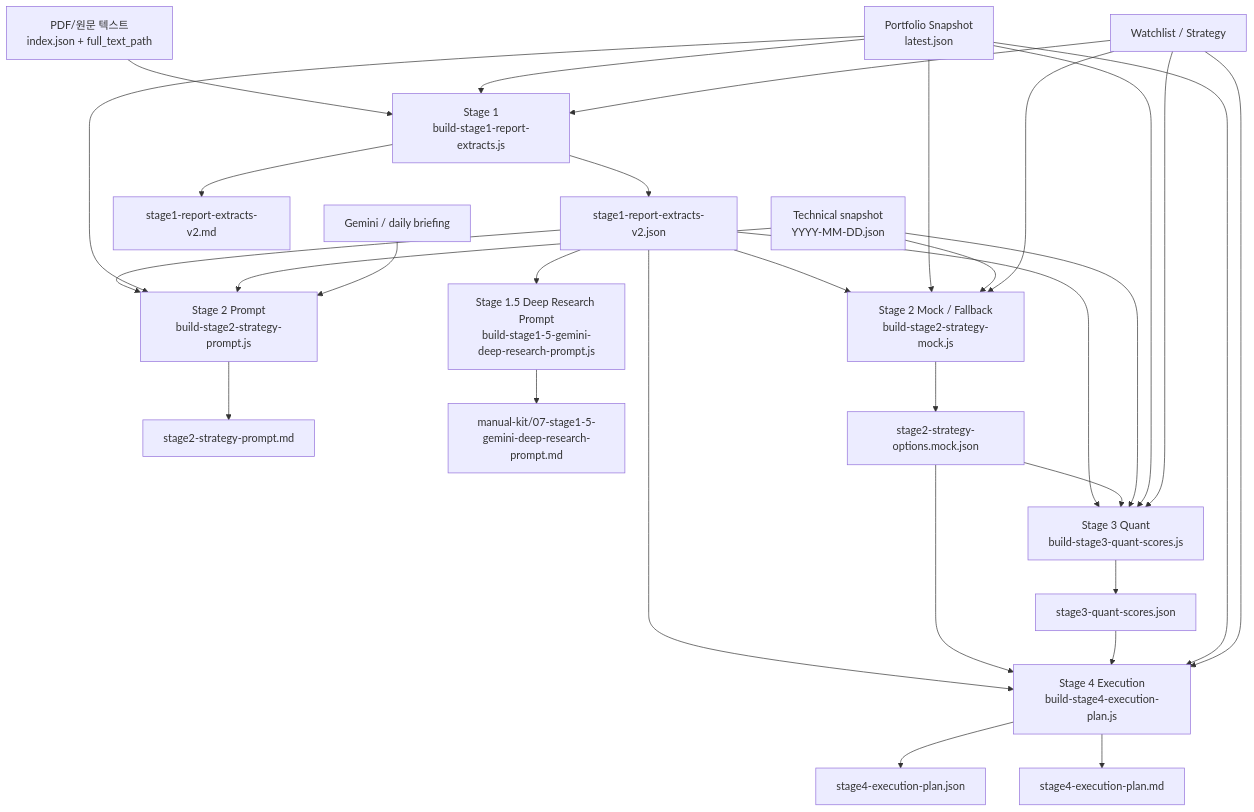
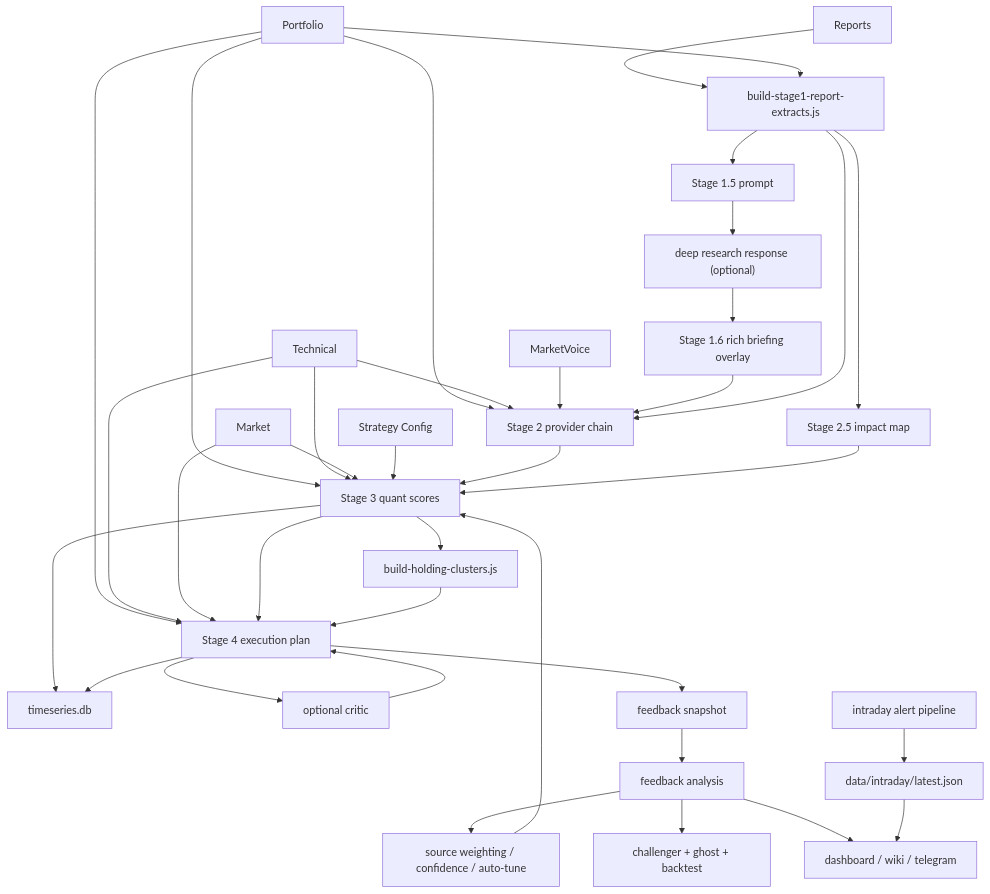
The diagram in docs/STAGE_1_4_ARCHITECTURE.md (sgdrudejr/EcoReport), drawn with Mermaid before and after one commit. The commit also changed other lines of this file and 110 other files, not shown here.

Commit message:
Integrate portfolio intelligence pipeline and dashboard updates

````diff
--- a/docs/STAGE_1_4_ARCHITECTURE.md
+++ b/docs/STAGE_1_4_ARCHITECTURE.md
@@ -29,39 +20,42 @@
 ```mermaid
 flowchart TD
-    A["PDF/원문 텍스트\nindex.json + full_text_path"] --> B["Stage 1\nbuild-stage1-report-extracts.js"]
-    P["Portfolio Snapshot\nlatest.json"] --> B
-    W["Watchlist / Strategy"] --> B
+    R["Reports"] --> S1["Stage 1"]
+    P["Portfolio"] --> S1
+    P --> S2
+    P --> S3
+    P --> S4
+    T["Technical"] --> S2
+    T --> S3
+    T --> S4
+    M["Market"] --> S3
+    M --> S4
+    MV["MarketVoice"] --> S2
+    W["Strategy Config"] --> S3
 
-    B --> B1["stage1-report-extracts-v2.json"]
-    B --> B2["stage1-report-extracts-v2.md"]
+    S1["build-stage1-report-extracts.js"] --> S15["Stage 1.5 prompt"]
+    S15 --> DR["deep research response (optional)"]
+    DR --> BR["Stage 1.6 rich briefing overlay"]
+    BR --> S2
+    S1 --> S2["Stage 2 provider chain"]
+    S1 --> I["Stage 2.5 impact map"]
 
-    B1 --> C["Stage 2 Prompt\nbuild-stage2-strategy-prompt.js"]
-    P --> C
-    T["Technical snapshot\nYYYY-MM-DD.json"] --> C
-    G["Gemini / daily briefing"] --> C
-    C --> C1["stage2-strategy-prompt.md"]
+    S2 --> S3["Stage 3 quant scores"]
+    I --> S3
+    S3 --> TS["timeseries.db"]
+    S3 --> C["build-holding-clusters.js"]
+    S3 --> S4["Stage 4 execution plan"]
+    C --> S4
+    S4 --> TS
+    S4 --> CR["optional critic"]
+    CR --> S4
 
-    B1 --> DR["Stage 1.5 Deep Research Prompt\nbuild-stage1-5-gemini-deep-research-prompt.js"]
-    DR --> DR1["manual-kit/07-stage1-5-gemini-deep-research-prompt.md"]
+    S4 --> FS["feedback snapshot"]
+    FS --> FA["feedback analysis"]
+    FA --> ST3["source weighting / confidence / auto-tune"]
+    ST3 --> S3
+    FA --> CH["challenger + ghost + backtest"]
+    FA --> UI["dashboard / wiki / telegram"]
 
-    B1 --> D["Stage 2 Mock / Fallback\nbuild-stage2-strategy-mock.js"]
-    P --> D
-    T --> D
-    W --> D
-    D --> D1["stage2-strategy-options.mock.json"]
-
-    B1 --> E["Stage 3 Quant\nbuild-stage3-quant-scores.js"]
-    D1 --> E
-    T --> E
-    P --> E
-    W --> E
-    E --> E1["stage3-quant-scores.json"]
-
-    B1 --> F["Stage 4 Execution\nbuild-stage4-execution-plan.js"]
-    D1 --> F
-    E1 --> F
-    P --> F
-    W --> F
-    F --> F1["stage4-execution-plan.json"]
-    F --> F2["stage4-execution-plan.md"]
+    IA["intraday alert pipeline"] --> IU["data/intraday/latest.json"]
+    IU --> UI
 ```
````
